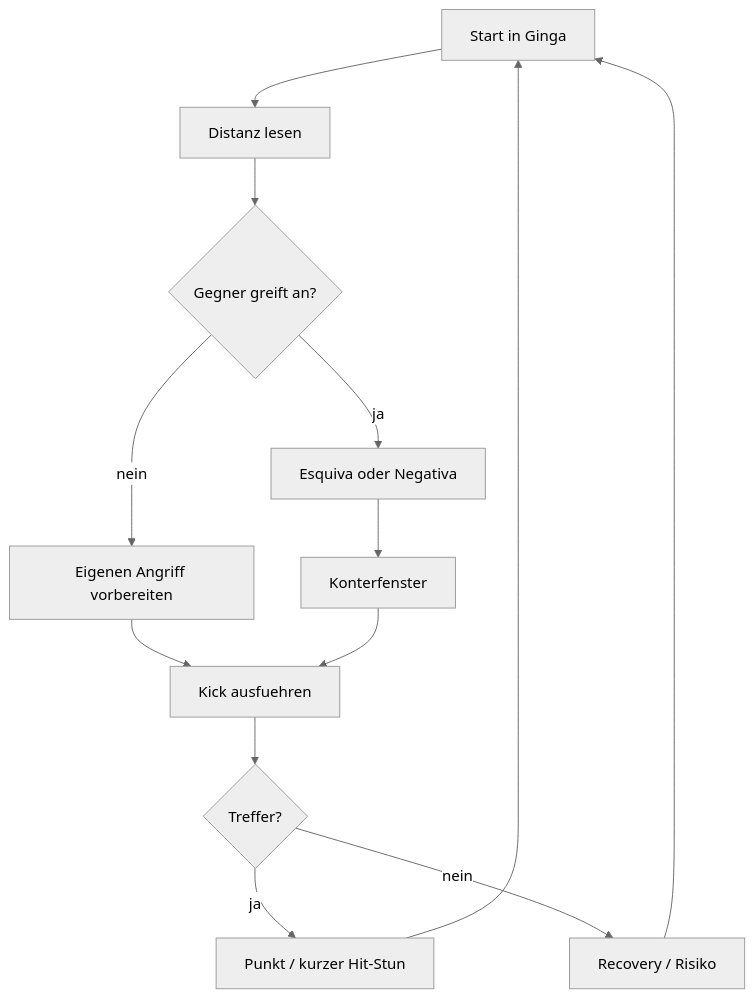
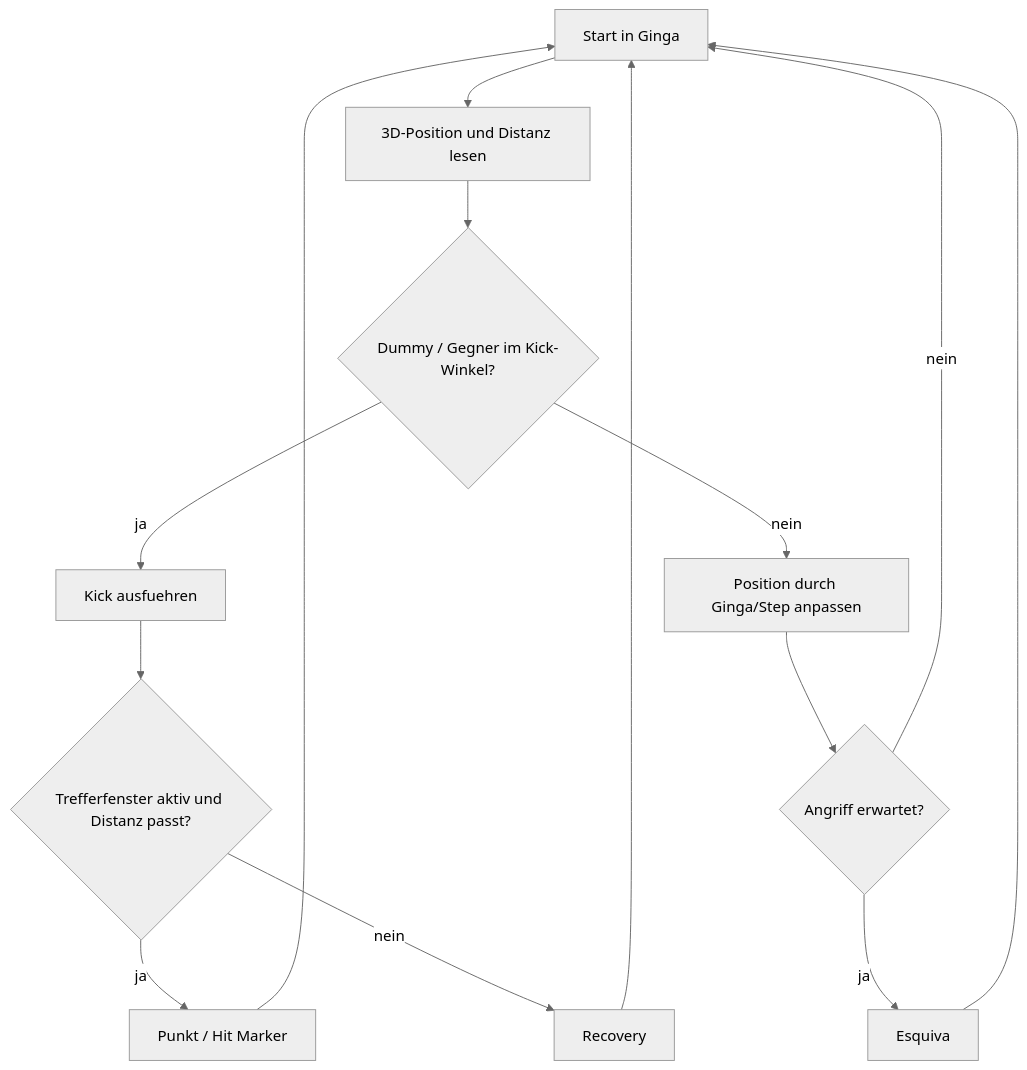
Before and after one commit to ananta888/ananta: the second of 5 diagrams in docs/examples/ananta-capoeira-duel/README.md, drawn with Mermaid (neutral theme). The commit also changed other lines of this file, not shown here.

````diff
--- a/docs/examples/ananta-capoeira-duel/README.md
+++ b/docs/examples/ananta-capoeira-duel/README.md
@@ -49,15 +66,16 @@
 ```mermaid
 flowchart TD
-    A[Start in Ginga] --> B[Distanz lesen]
-    B --> C{Gegner greift an?}
-    C -->|ja| D[Esquiva oder Negativa]
-    D --> E[Konterfenster]
-    C -->|nein| F[Eigenen Angriff vorbereiten]
-    F --> G[Kick ausfuehren]
-    E --> G
-    G --> H{Treffer?}
-    H -->|ja| I[Punkt / kurzer Hit-Stun]
-    H -->|nein| J[Recovery / Risiko]
-    I --> A
+    A[Start in Ginga] --> B[3D-Position und Distanz lesen]
+    B --> C{Dummy / Gegner im Kick-Winkel?}
+    C -->|ja| D[Kick ausfuehren]
+    C -->|nein| E[Position durch Ginga/Step anpassen]
+    D --> F{Trefferfenster aktiv und Distanz passt?}
+    F -->|ja| G[Punkt / Hit Marker]
+    F -->|nein| H[Recovery]
+    E --> I{Angriff erwartet?}
+    I -->|ja| J[Esquiva]
+    I -->|nein| A
+    G --> A
+    H --> A
     J --> A
 ```
````
